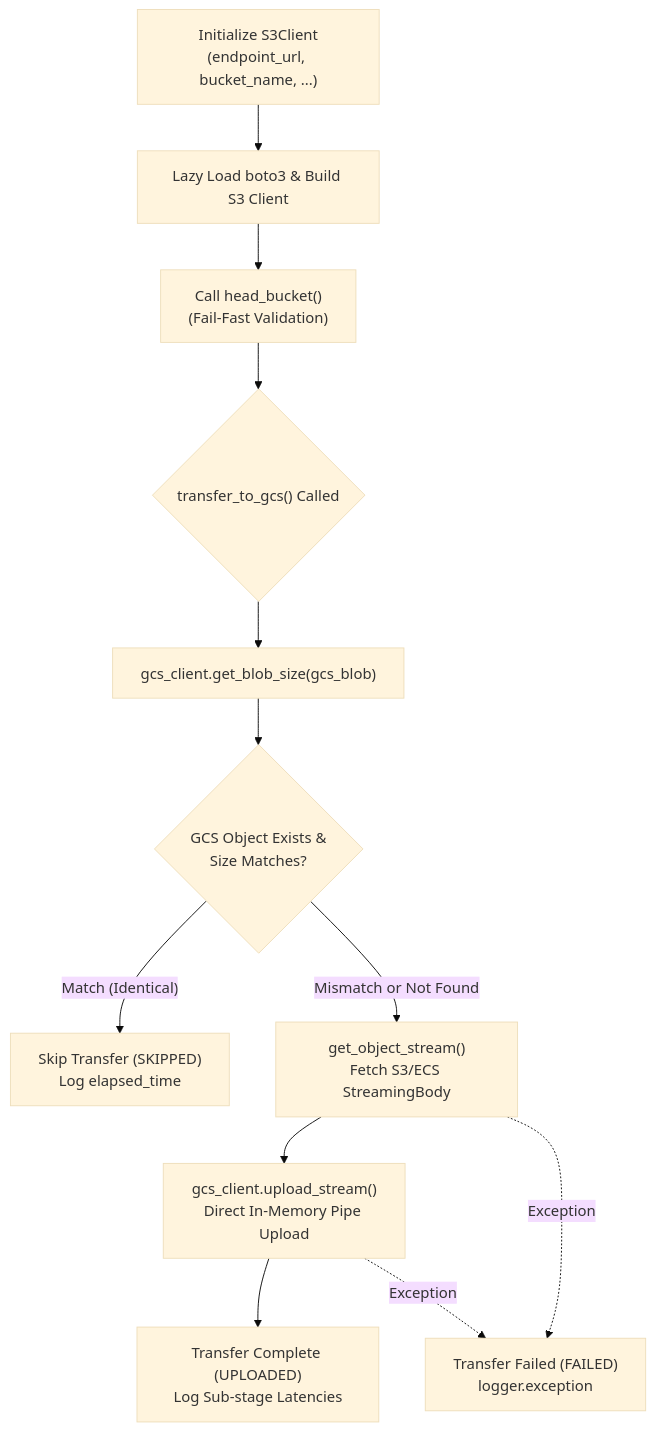
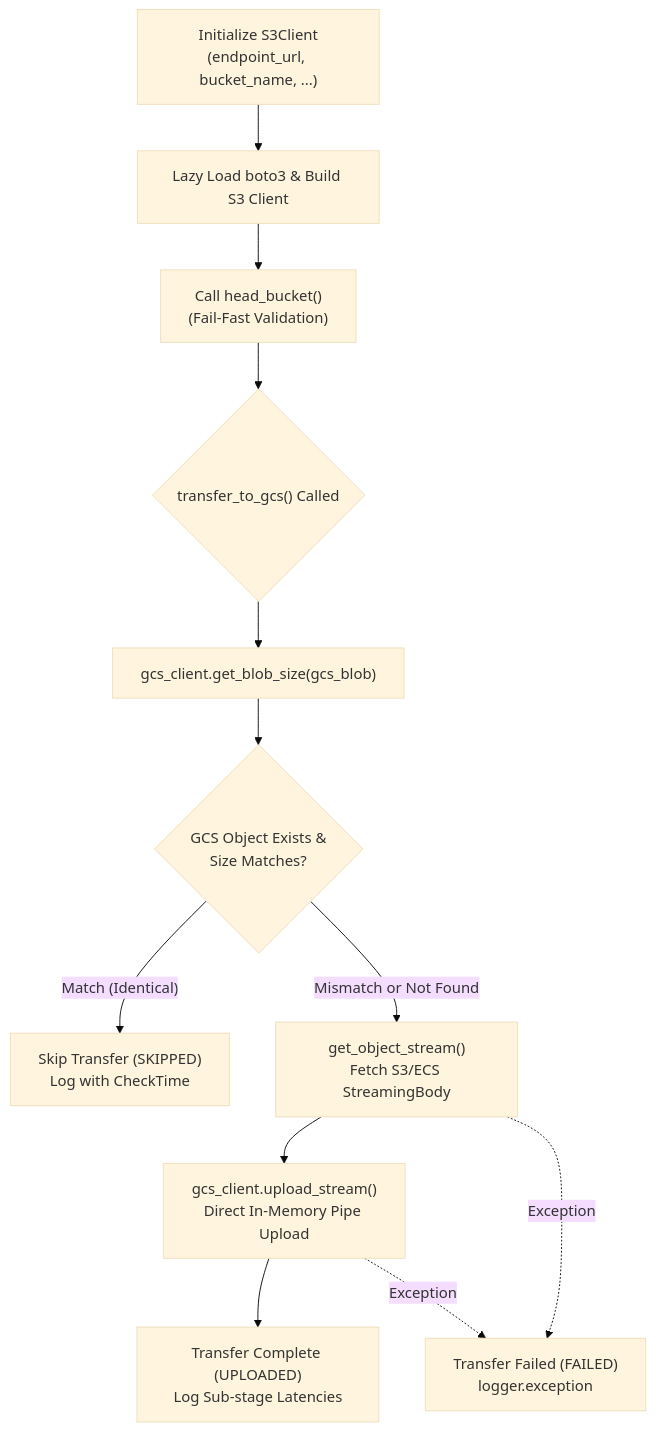
Before and after one commit to kampores/agent_common: the diagram in manual/en/clients/01_s3_ecs_storage_client_en.md, drawn with Mermaid (base theme). The commit also changed 19 other files, not shown here.

````diff
--- a/manual/en/clients/01_s3_ecs_storage_client_en.md
+++ b/manual/en/clients/01_s3_ecs_storage_client_en.md
@@ -25,17 +25,17 @@
 ```mermaid
 flowchart TD
     A["Initialize S3Client<br/>(endpoint_url, bucket_name, ...)"] --> B["Lazy Load boto3 & Build S3 Client"]
     B --> C["Call head_bucket()<br/>(Fail-Fast Validation)"]
     
     C --> D{"transfer_to_gcs() Called"}
     D --> E["gcs_client.get_blob_size(gcs_blob)"]
     E --> F{"GCS Object Exists &<br/>Size Matches?"}
     
-    F -->|"Match (Identical)"| G["Skip Transfer (SKIPPED)<br/>Log elapsed_time"]
+    F -->|"Match (Identical)"| G["Skip Transfer (SKIPPED)<br/>Log with CheckTime"]
     F -->|"Mismatch or Not Found"| H["get_object_stream()<br/>Fetch S3/ECS StreamingBody"]
     H --> I["gcs_client.upload_stream()<br/>Direct In-Memory Pipe Upload"]
     I --> J["Transfer Complete (UPLOADED)<br/>Log Sub-stage Latencies"]
     
     H -.->|"Exception"| K["Transfer Failed (FAILED)<br/>logger.exception"]
     I -.->|"Exception"| K
 ```
````
